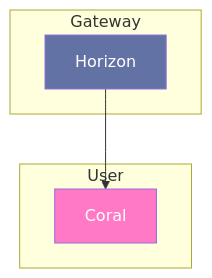
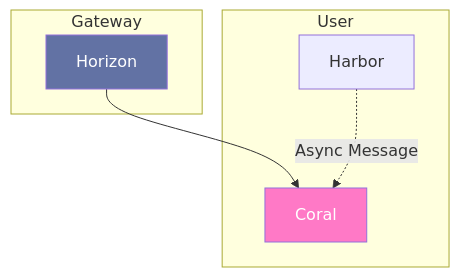
One commit to mathcovax/seaence changed the diagram in docs/services/coral/schema.md. Above: the diagram before and after it, drawn with Mermaid. The commit also changed other lines of this file and 10 other files, not shown here.

````diff
--- a/docs/services/coral/schema.md
+++ b/docs/services/coral/schema.md
@@ -9,18 +9,20 @@
 ```mermaid
 flowchart TB
     subgraph Gateway
         Horizon[Horizon]
     end
 
     subgraph User
 		Coral[Coral]
+		Harbor[Harbor]
     end
 
 	Horizon --> Coral
+	Harbor -.->|Async Message| Coral
 	
     classDef gateway fill:#6272a4,color:white
     classDef auth fill:#ff79c6,color:white
 
     class Horizon gateway
     class Coral auth
 ```
````
